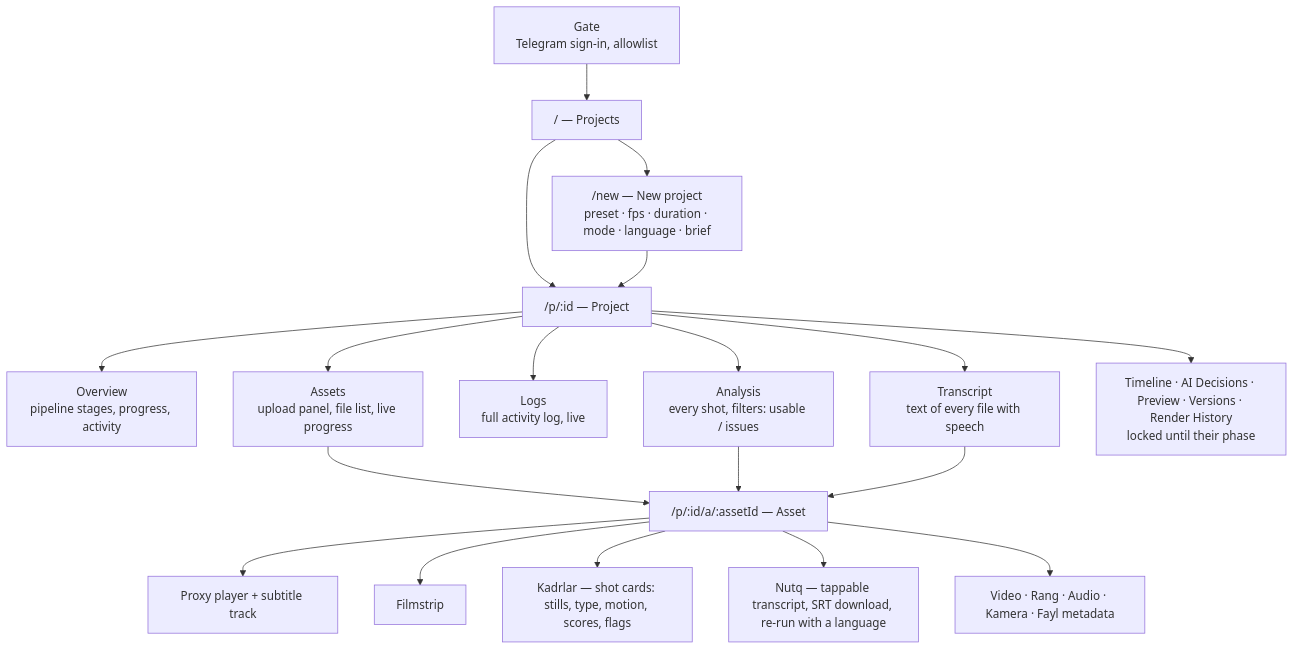
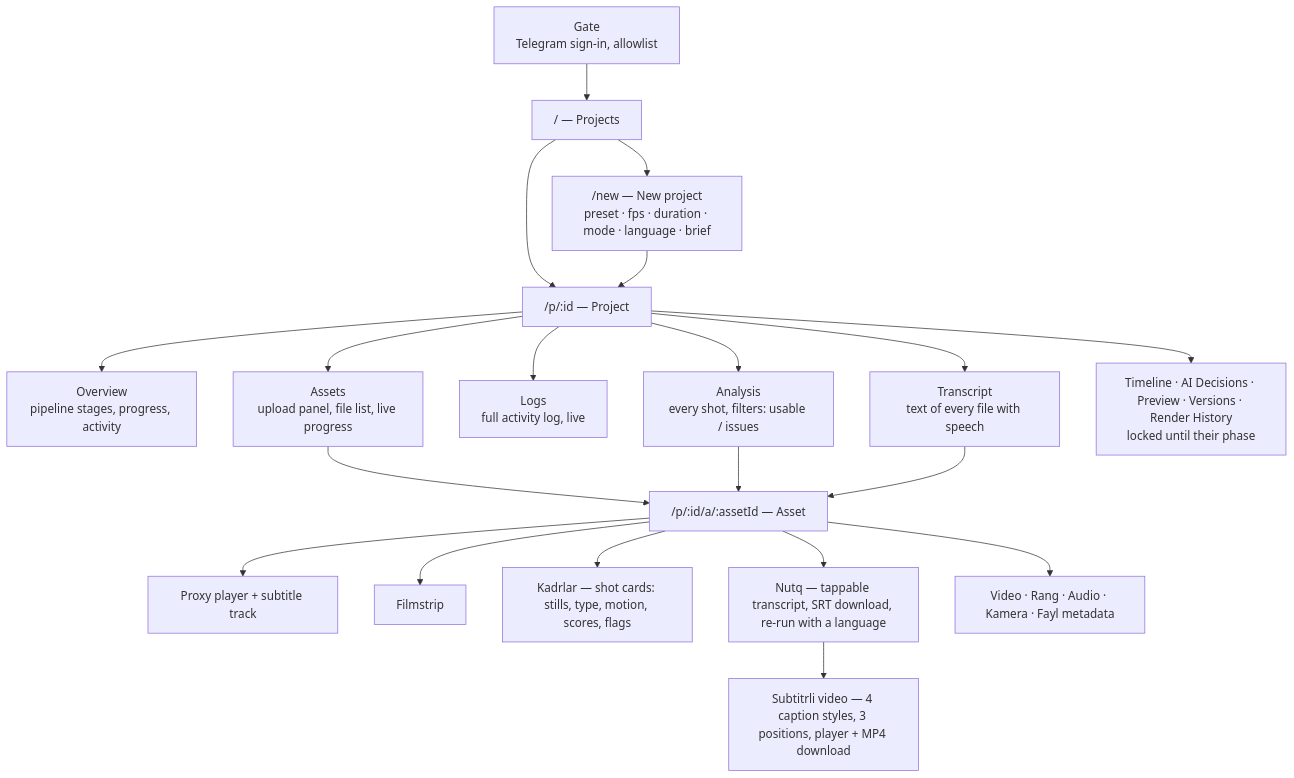
Before and after one commit to bluecore-dev/synthcut: the diagram in docs/SITEMAP.md, drawn with Mermaid. The commit also changed other lines of this file and 83 other files, not shown here.

````diff
--- a/docs/SITEMAP.md
+++ b/docs/SITEMAP.md
@@ -10,21 +10,22 @@
 ```mermaid
 flowchart TD
     G[Gate<br/>Telegram sign-in, allowlist] --> H["/ — Projects"]
     H --> N["/new — New project<br/>preset · fps · duration · mode · language · brief"]
     H --> P["/p/:id — Project"]
     N --> P
     P --> T1[Overview<br/>pipeline stages, progress, activity]
     P --> T2[Assets<br/>upload panel, file list, live progress]
     P --> T3[Logs<br/>full activity log, live]
     P --> T4[Analysis<br/>every shot, filters: usable / issues]
     P --> T5[Transcript<br/>text of every file with speech]
     P --> T6[Timeline · AI Decisions · Preview · Versions · Render History<br/>locked until their phase]
     T2 --> A["/p/:id/a/:assetId — Asset"]
     T4 --> A
     T5 --> A
     A --> A1[Proxy player + subtitle track]
     A --> A2[Filmstrip]
     A --> A3[Kadrlar — shot cards: stills, type, motion, scores, flags]
     A --> A4[Nutq — tappable transcript, SRT download, re-run with a language]
+    A4 --> A6[Subtitrli video — 4 caption styles, 3 positions, player + MP4 download]
     A --> A5[Video · Rang · Audio · Kamera · Fayl metadata]
 ```
````
